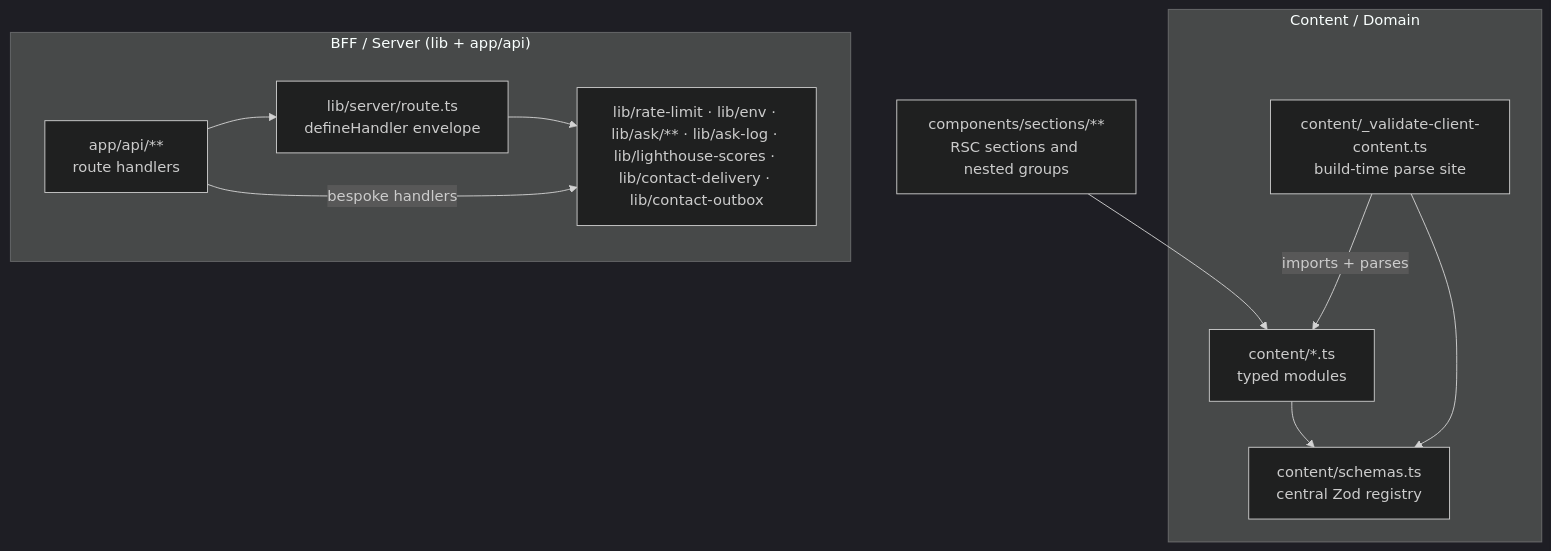
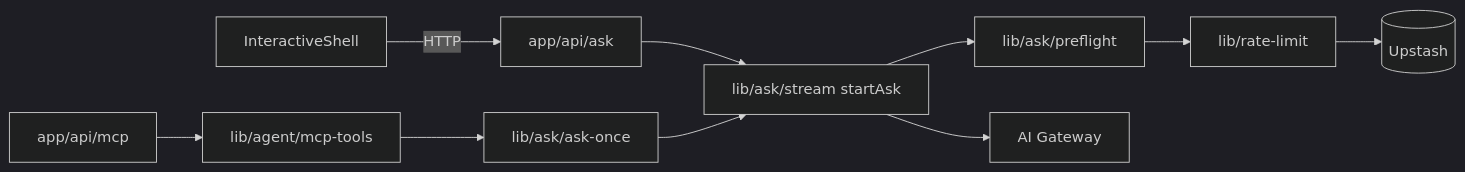
One commit to erikunha/portfolio changed the third of 5 diagrams in docs/01-architecture.md. Above: the diagram before and after it, drawn with Mermaid (dark theme). The commit also changed other lines of this file and 1454 other files, not shown here.

First line of the commit message:
refactor(architecture): milestones M0 to M14 and native ci:full (#423)

````diff
--- a/docs/01-architecture.md
+++ b/docs/01-architecture.md
@@ -37,19 +88,10 @@
 ```mermaid
-flowchart TB
-    subgraph content["Content / Domain"]
-        cmods["content/*.ts<br/>typed modules"]
-        schemas["content/schemas.ts<br/>central Zod registry"]
-        gate["content/_validate-client-content.ts<br/>build-time parse site"]
-    end
-    subgraph bff["BFF / Server (lib + app/api)"]
-        api["app/api/**<br/>route handlers"]
-        handler["lib/server/route.ts<br/>defineHandler envelope"]
-        libcore["lib/rate-limit · lib/env · lib/ask/** · lib/ask-log · lib/lighthouse-scores · lib/contact-delivery · lib/contact-outbox"]
-    end
-    sections["components/sections/**<br/>RSC sections and nested groups"] --> cmods
-    cmods --> schemas
-    gate -->|imports + parses| cmods
-    gate --> schemas
-    api --> handler --> libcore
-    api -->|bespoke handlers| libcore
+flowchart LR
+    shell["InteractiveShell"] -->|HTTP| ask["app/api/ask"]
+    mcp["app/api/mcp"] --> tools["lib/agent/mcp-tools"] --> once["lib/ask/ask-once"]
+    ask --> start["lib/ask/stream startAsk"]
+    once --> start
+    start --> pre["lib/ask/preflight"] --> rl["lib/rate-limit"]
+    start --> gw["AI Gateway"]
+    rl --> redis[("Upstash")]
 ```
````
